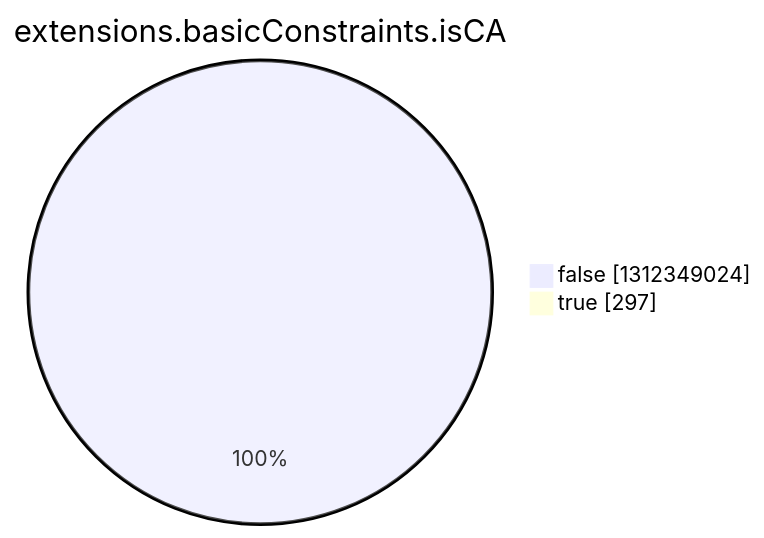
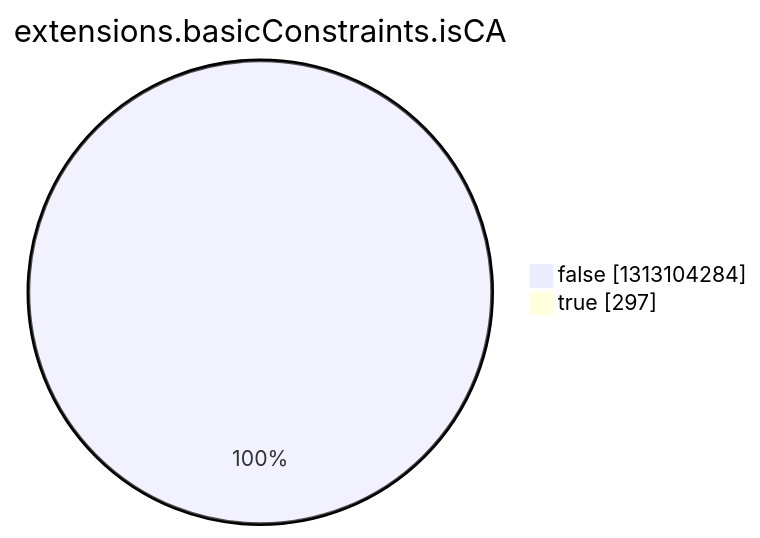
The eighth of 15 diagrams in argon2022/README.md (christiankrug/ctmonitor_visualization), drawn with Mermaid before and after one commit. The commit also changed other lines of this file, not shown here.

````diff
--- a/argon2022/README.md
+++ b/argon2022/README.md
@@ -2758,6 +2758,6 @@
 ```mermaid
 pie showData
 title extensions.basicConstraints.isCA
-"false" :1312349024
+"false" :1313104284
 "true" :297
 ```
````
